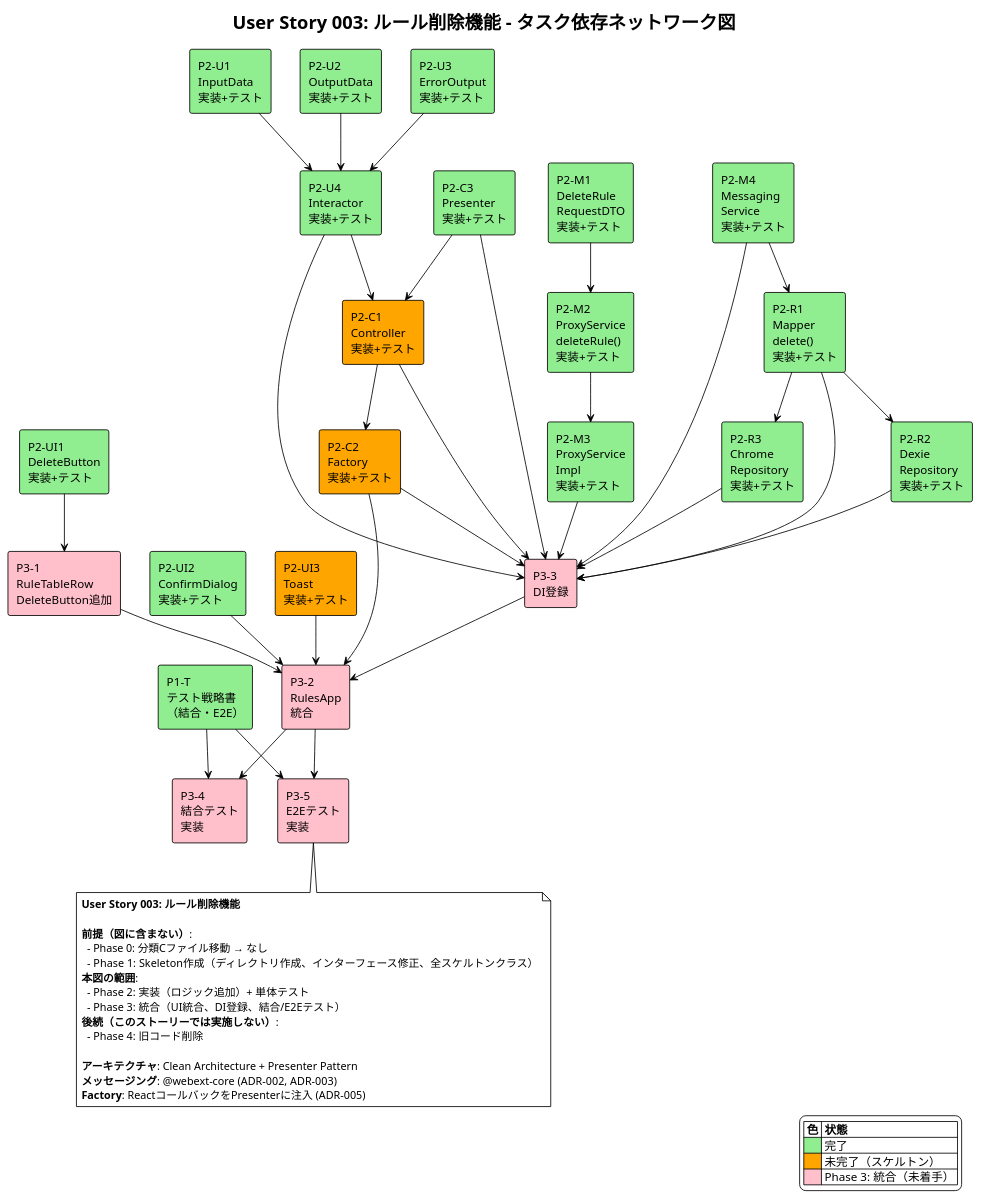
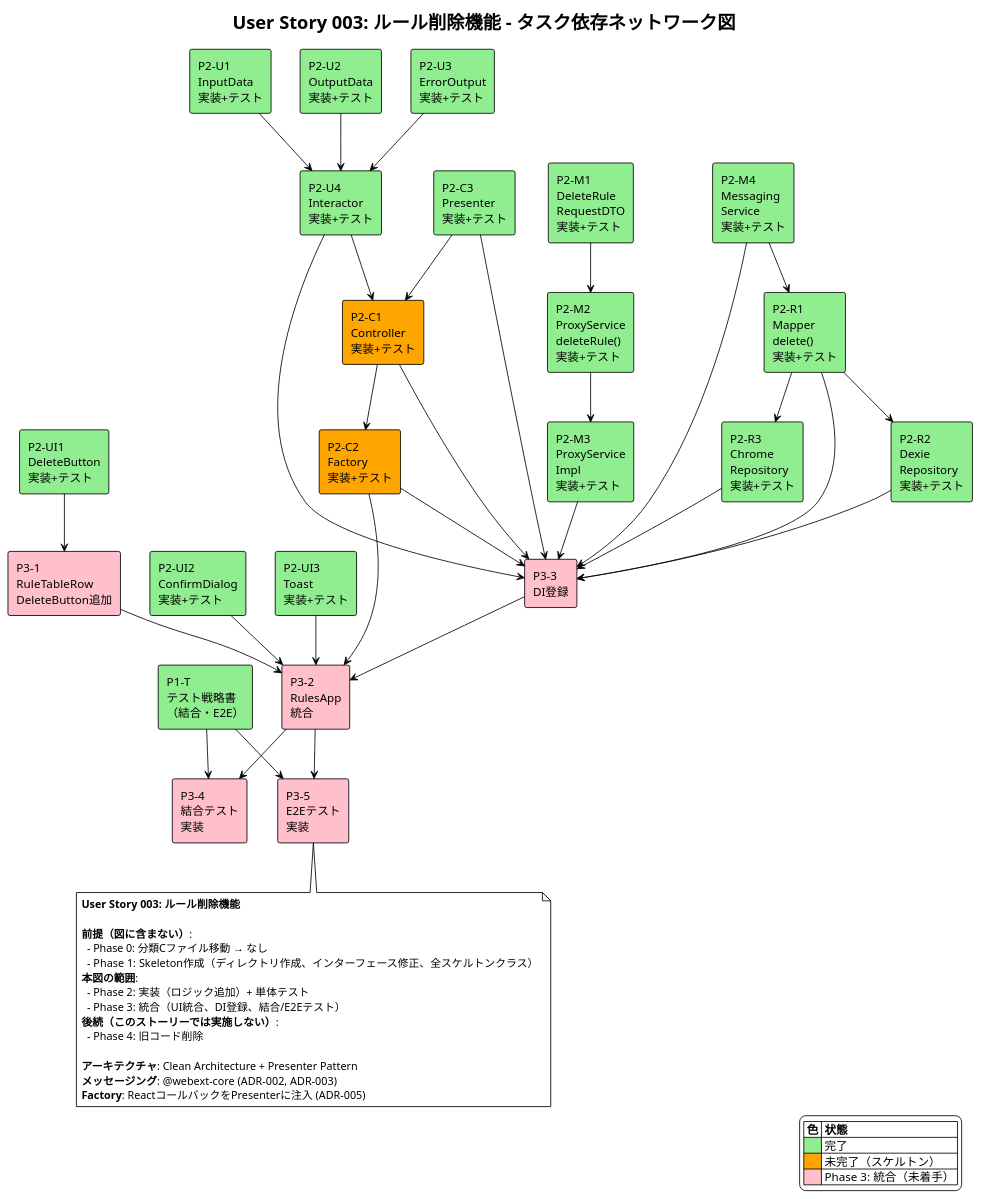
Before and after one commit to akAredminEogre/frog-frame-front: the diagram in docs/user-stories/user-story-003/network-diagram.puml, drawn with PlantUML. The commit also changed 1 other file, not shown here.

Commit message:
docs: add network diagram sync checklist and update toast status
- Add "User Story READMEのタスク進捗を更新する場合" checklist to CLAUDE.md
  to ensure network-diagram.puml is updated when marking tasks complete
- Update network-diagram.puml: toastImpl #orange → #lightgreen (completed)

https://claude.ai/code/session_01DHgcf4iSXmS5SGAkLoSpUZ

```diff
--- a/docs/user-stories/user-story-003/network-diagram.puml
+++ b/docs/user-stories/user-story-003/network-diagram.puml
@@ -1,103 +1,103 @@
 @startuml user-story-003-network-diagram
 !theme plain
 title User Story 003: ルール削除機能 - タスク依存ネットワーク図
 
 ' Phase 1: テスト戦略書
 rectangle "P1-T\nテスト戦略書\n（結合・E2E）" as testStrategy #lightgreen
 
 ' Phase 2: 実装 - メッセージング
 rectangle "P2-M1\nDeleteRule\nRequestDTO\n実装+テスト" as requestDtoImpl #lightgreen
 rectangle "P2-M2\nProxyService\ndeleteRule()\n実装+テスト" as proxyImpl #lightgreen
 rectangle "P2-M3\nProxyService\nImpl\n実装+テスト" as proxyImplImpl #lightgreen
 rectangle "P2-M4\nMessaging\nService\n実装+テスト" as msgImpl #lightgreen
 
 ' Phase 2: 実装 - Mapper/Repository
 rectangle "P2-R1\nMapper\ndelete()\n実装+テスト" as mapperImpl #lightgreen
 rectangle "P2-R2\nDexie\nRepository\n実装+テスト" as dexieImpl #lightgreen
 rectangle "P2-R3\nChrome\nRepository\n実装+テスト" as chromeImpl #lightgreen
 
 ' Phase 2: 実装 - UseCase
 rectangle "P2-U1\nInputData\n実装+テスト" as inputImpl #lightgreen
 rectangle "P2-U2\nOutputData\n実装+テスト" as outputImpl #lightgreen
 rectangle "P2-U3\nErrorOutput\n実装+テスト" as errorImpl #lightgreen
 rectangle "P2-U4\nInteractor\n実装+テスト" as interactorImpl #lightgreen
 
 ' Phase 2: 実装 - Controller/Presenter
 rectangle "P2-C1\nController\n実装+テスト" as controllerImpl #orange
 rectangle "P2-C2\nFactory\n実装+テスト" as factoryImpl #orange
 rectangle "P2-C3\nPresenter\n実装+テスト" as presenterImpl #lightgreen
 
 ' Phase 2: 実装 - UI
 rectangle "P2-UI1\nDeleteButton\n実装+テスト" as deleteBtnImpl #lightgreen
 rectangle "P2-UI2\nConfirmDialog\n実装+テスト" as confirmImpl #lightgreen
-rectangle "P2-UI3\nToast\n実装+テスト" as toastImpl #orange
+rectangle "P2-UI3\nToast\n実装+テスト" as toastImpl #lightgreen
 
 ' Phase 3: 統合
 rectangle "P3-1\nRuleTableRow\nDeleteButton追加" as tableRowInteg #pink
 rectangle "P3-2\nRulesApp\n統合" as rulesAppInteg #pink
 rectangle "P3-3\nDI登録" as diReg #pink
 rectangle "P3-4\n結合テスト\n実装" as integrationTest #pink
 rectangle "P3-5\nE2Eテスト\n実装" as e2eTest #pink
 
 ' 依存関係: Phase 2 内部
 requestDtoImpl --> proxyImpl
 proxyImpl --> proxyImplImpl
 msgImpl --> mapperImpl
 mapperImpl --> dexieImpl
 mapperImpl --> chromeImpl
 inputImpl --> interactorImpl
 outputImpl --> interactorImpl
 errorImpl --> interactorImpl
 interactorImpl --> controllerImpl
 presenterImpl --> controllerImpl
 controllerImpl --> factoryImpl
 
 ' 依存関係: Phase 2 → Phase 3
 deleteBtnImpl --> tableRowInteg
 tableRowInteg --> rulesAppInteg
 confirmImpl --> rulesAppInteg
 toastImpl --> rulesAppInteg
 factoryImpl --> rulesAppInteg
 controllerImpl --> diReg
 presenterImpl --> diReg
 factoryImpl --> diReg
 interactorImpl --> diReg
 proxyImplImpl --> diReg
 msgImpl --> diReg
 mapperImpl --> diReg
 dexieImpl --> diReg
 chromeImpl --> diReg
 diReg --> rulesAppInteg
 
 ' 依存関係: テスト
 testStrategy --> integrationTest
 testStrategy --> e2eTest
 rulesAppInteg --> integrationTest
 rulesAppInteg --> e2eTest
 
 ' 凡例
 legend right
   |= 色 |= 状態 |
   | <#lightgreen> | 完了 |
   | <#orange> | 未完了（スケルトン） |
   | <#pink> | Phase 3: 統合（未着手） |
 endlegend
 
 note bottom
 **User Story 003: ルール削除機能**
 
 **前提（図に含まない）**:
   - Phase 0: 分類Cファイル移動 → なし
   - Phase 1: Skeleton作成（ディレクトリ作成、インターフェース修正、全スケルトンクラス）
 **本図の範囲**:
   - Phase 2: 実装（ロジック追加）+ 単体テスト
   - Phase 3: 統合（UI統合、DI登録、結合/E2Eテスト）
 **後続（このストーリーでは実施しない）**:
   - Phase 4: 旧コード削除
 
 **アーキテクチャ**: Clean Architecture + Presenter Pattern
 **メッセージング**: @webext-core (ADR-002, ADR-003)
 **Factory**: ReactコールバックをPresenterに注入 (ADR-005)
 end note
 
 @enduml
```
